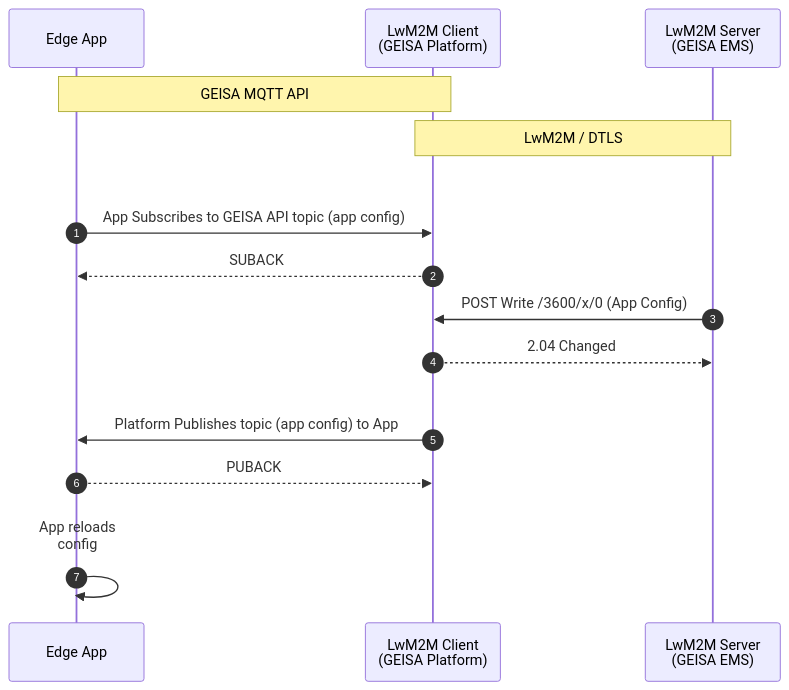
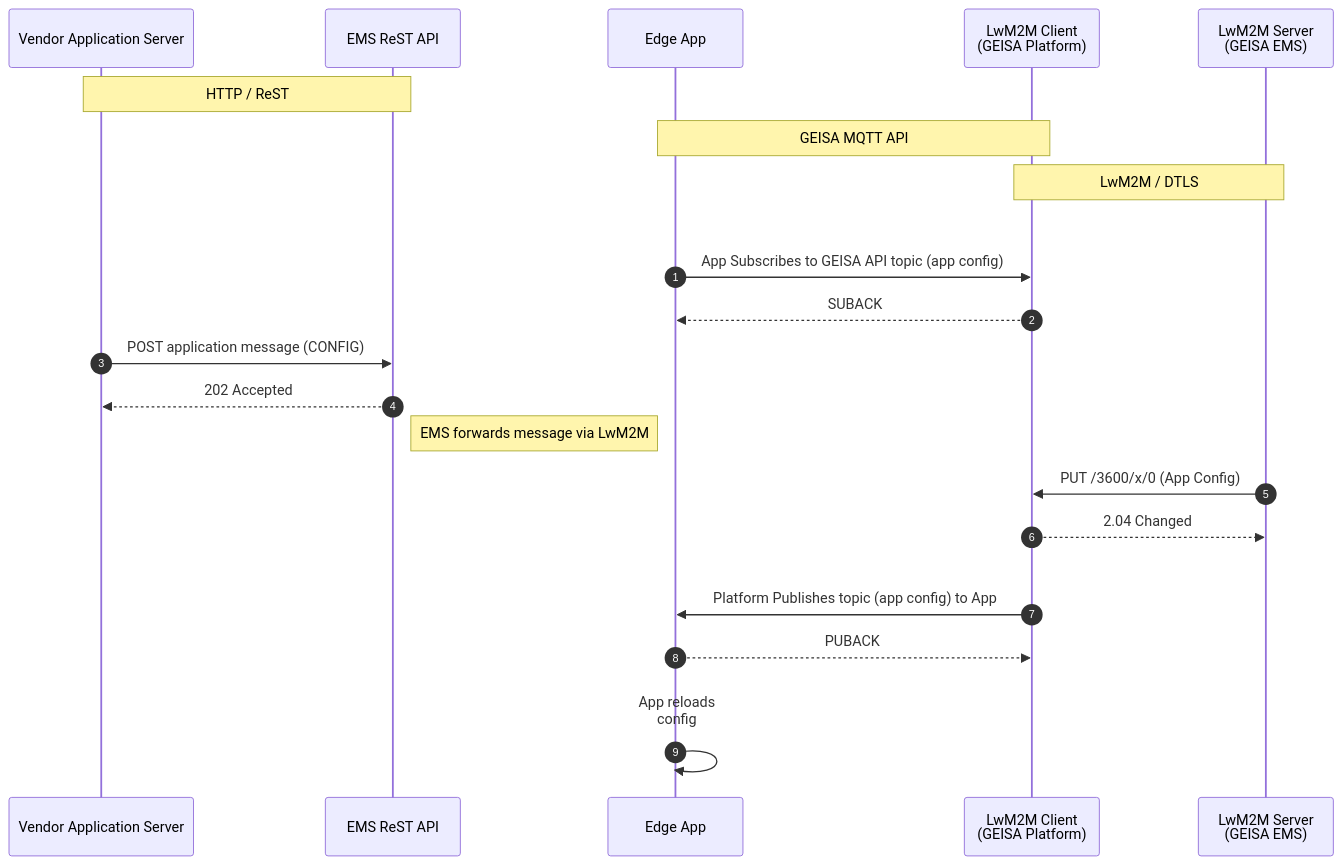
One commit to geisa/specification changed the diagram in source/adm/app-messaging-config.mermaid. Above: the diagram before and after it, drawn with Mermaid. The commit also changed 3 other files, not shown here.

Commit message:
clarifications on ADM messaging and ADM requirements, diagram minor updates, table cleanup, added draft status callouts.

```diff
--- a/source/adm/app-messaging-config.mermaid
+++ b/source/adm/app-messaging-config.mermaid
@@ -1,29 +1,36 @@
 %%
-%%  Copyright 2025, Contributors to the Grid Edge Interoperability & Security Alliance (GEISA) a Series of LF Projects, LLC  
+%%  Copyright 2025, Contributors to the Grid Edge Interoperability & Security Alliance (GEISA) a Series of LF Projects, LLC
 %%  This file is licensed under the Community Specification License 1.0 available at:
 %%  https://github.com/geisa/specification/blob/main/LICENSE.md or
 %%  https://github.com/CommunitySpecification/Community_Specification/blob/main/1._Community_Specification_License-v1.md
 %%
 %%
 
 %%{init: { 'sequence': { 'actorMargin': 40 } } }%%
 
 sequenceDiagram
     autonumber
+    participant V as Vendor Application Server
+    participant E as EMS ReST API
     participant A as Edge App
     participant C as LwM2M Client<br/>(GEISA Platform)
     participant S as LwM2M Server<br/>(GEISA EMS)
 
+    Note over V,E: HTTP / ReST
     Note over A,C: GEISA MQTT API
     Note over C,S: LwM2M / DTLS
 
     A->>C: <br/><br/>App Subscribes to GEISA API topic (app config)
     C-->>A: SUBACK
 
-    S->>C: POST Write /3600/x/0 (App Config)
+    V->>E: POST application message (CONFIG)
+    E-->>V: 202 Accepted
+    Note right of E: EMS forwards message via LwM2M
+
+    S->>C: PUT /3600/x/0 (App Config)
     C-->>S: 2.04 Changed
-    
+
     C->>A: <br/><br/>Platform Publishes topic (app config) to App
     A-->>C: PUBACK
 
     A->>A: <br/>App reloads <br/>config<br/>
```
